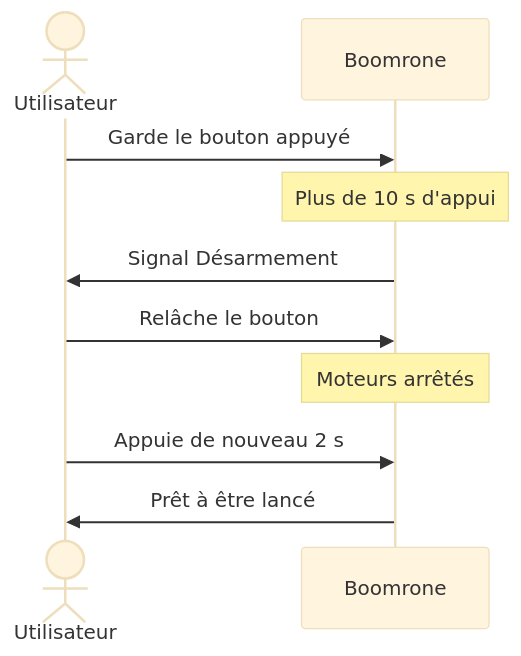
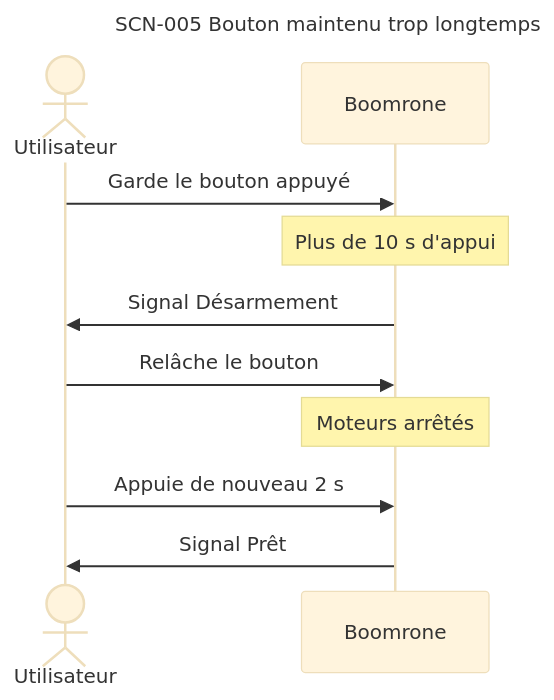
The seventh of 13 diagrams in projets/boomrone/00-scenarios.md (thourymatthieu-png/coworker_archi_system), drawn with Mermaid (base theme) before and after one commit. The commit also changed other lines of this file and 3 other files, not shown here.

````diff
--- a/projets/boomrone/00-scenarios.md
+++ b/projets/boomrone/00-scenarios.md
@@ -198,12 +241,15 @@
 ```mermaid
+---
+title: "SCN-005 Bouton maintenu trop longtemps"
+---
 sequenceDiagram
     actor U as Utilisateur
     participant D as Boomrone
     U->>D: Garde le bouton appuyé
     Note over D: Plus de 10 s d'appui
     D->>U: Signal Désarmement
     U->>D: Relâche le bouton
     Note over D: Moteurs arrêtés
     U->>D: Appuie de nouveau 2 s
-    D->>U: Prêt à être lancé
+    D->>U: Signal Prêt
 ```
````
